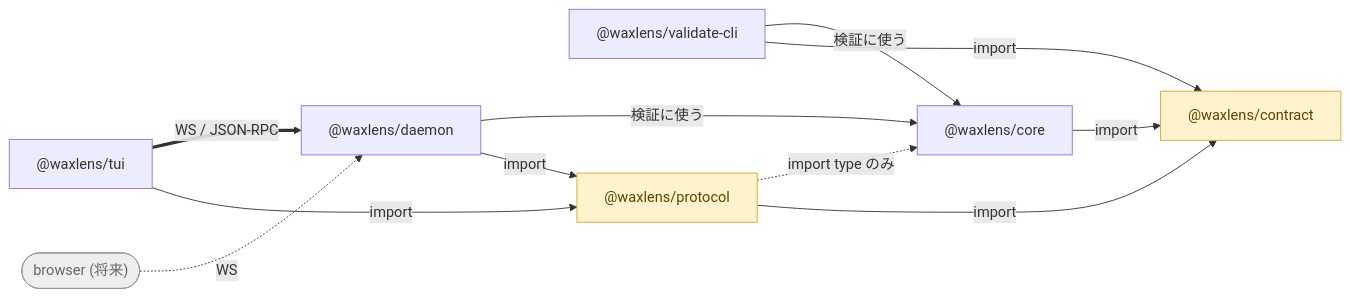
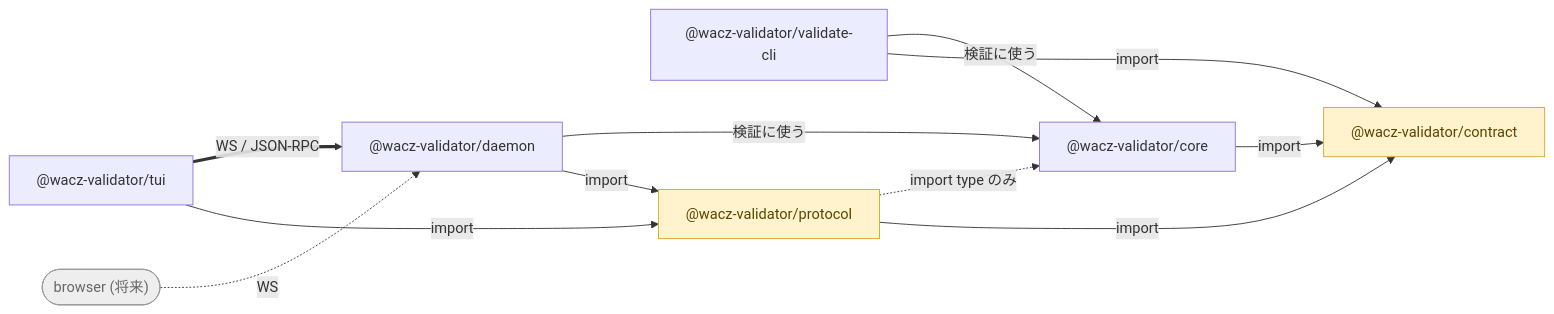
Before and after one commit to uraitakahito/waxlens: the diagram in docs-site/src/content/docs/ja/architecture.md, drawn with Mermaid. The commit also changed other lines of this file and 118 other files, not shown here.

First line of the commit message:
rename: waxlens → wacz-validator (#219)

````diff
--- a/docs-site/src/content/docs/ja/architecture.md
+++ b/docs-site/src/content/docs/ja/architecture.md
@@ -27,18 +27,18 @@
 ```mermaid
 flowchart LR
-    tui["@waxlens/tui"] ==>|"WS / JSON-RPC"| daemon["@waxlens/daemon"]
+    tui["@wacz-validator/tui"] ==>|"WS / JSON-RPC"| daemon["@wacz-validator/daemon"]
     browser(["browser (将来)"]) -.->|"WS"| daemon
-    cli["@waxlens/validate-cli"] -->|"検証に使う"| core["@waxlens/core"]
+    cli["@wacz-validator/validate-cli"] -->|"検証に使う"| core["@wacz-validator/core"]
     daemon -->|"検証に使う"| core
-    tui -->|import| protocol["@waxlens/protocol"]
+    tui -->|import| protocol["@wacz-validator/protocol"]
     daemon -->|import| protocol
     protocol -.->|"import type のみ"| core
-    core -->|import| shared["@waxlens/contract"]
+    core -->|import| shared["@wacz-validator/contract"]
     protocol -->|import| shared
     cli -->|import| shared
 
     classDef shared fill:#fff3cd,stroke:#d4a72c,color:#5c4500;
     classDef future fill:#eeeeee,stroke:#999999,color:#666666;
     class shared,protocol shared;
     class browser future;
 ```
````
